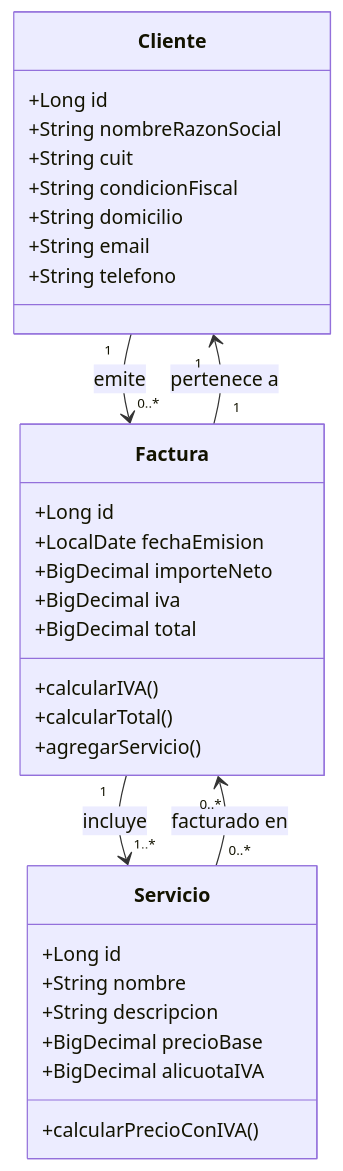
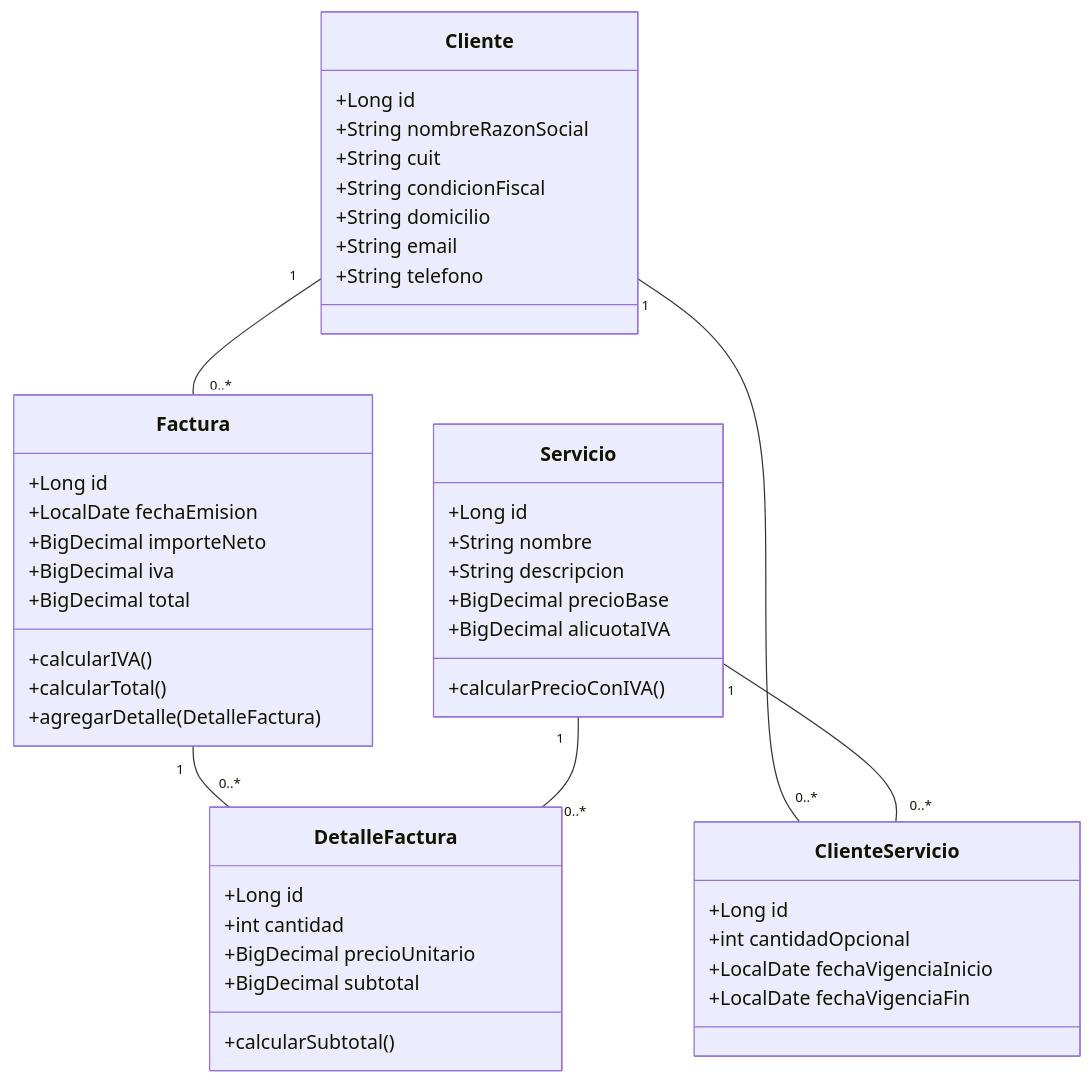
The diagram in docs/dp-iteracion-01.md (EliasAntunez/POO-II---INTEGRADOR-2025), drawn with Mermaid before and after one commit. The commit also changed other lines of this file, not shown here.

Commit message:
Update class diagram and user stories in documentation

````diff
--- a/docs/dp-iteracion-01.md
+++ b/docs/dp-iteracion-01.md
@@ -6,38 +6,56 @@
  ```mermaid
 classDiagram
+    %% Clases
     class Cliente {
         +Long id
         +String nombreRazonSocial
         +String cuit
         +String condicionFiscal
         +String domicilio
         +String email
         +String telefono
     }
 
     class Servicio {
         +Long id
         +String nombre
         +String descripcion
         +BigDecimal precioBase
         +BigDecimal alicuotaIVA
         +calcularPrecioConIVA()
     }
 
+    class ClienteServicio {
+        +Long id
+        +int cantidadOpcional
+        +LocalDate fechaVigenciaInicio
+        +LocalDate fechaVigenciaFin
+    }
+
     class Factura {
         +Long id
         +LocalDate fechaEmision
         +BigDecimal importeNeto
         +BigDecimal iva
         +BigDecimal total
         +calcularIVA()
         +calcularTotal()
-        +agregarServicio()
+        +agregarDetalle(DetalleFactura)
+    }
+
+    class DetalleFactura {
+        +Long id
+        +int cantidad
+        +BigDecimal precioUnitario
+        +BigDecimal subtotal
+        +calcularSubtotal()
     }
 
     %% Relaciones
-    Cliente "1" --> "0..*" Factura : emite
-    Factura "1" --> "1" Cliente : pertenece a
-    Factura "1" --> "1..*" Servicio : incluye
-    Servicio "0..*" --> "0..*" Factura : facturado en
+    Cliente "1" -- "0..*" Factura
+    Factura "1" -- "0..*" DetalleFactura
+    Servicio "1" -- "0..*" DetalleFactura
+
+    Cliente "1" -- "0..*" ClienteServicio
+    Servicio "1" -- "0..*" ClienteServicio
 ```
````
